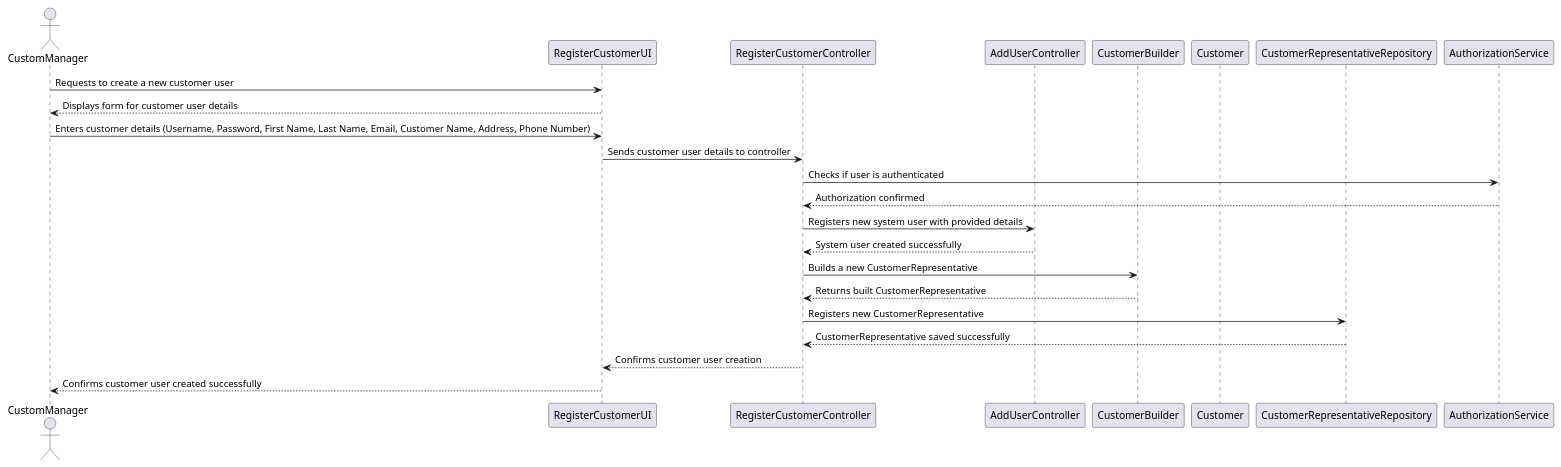
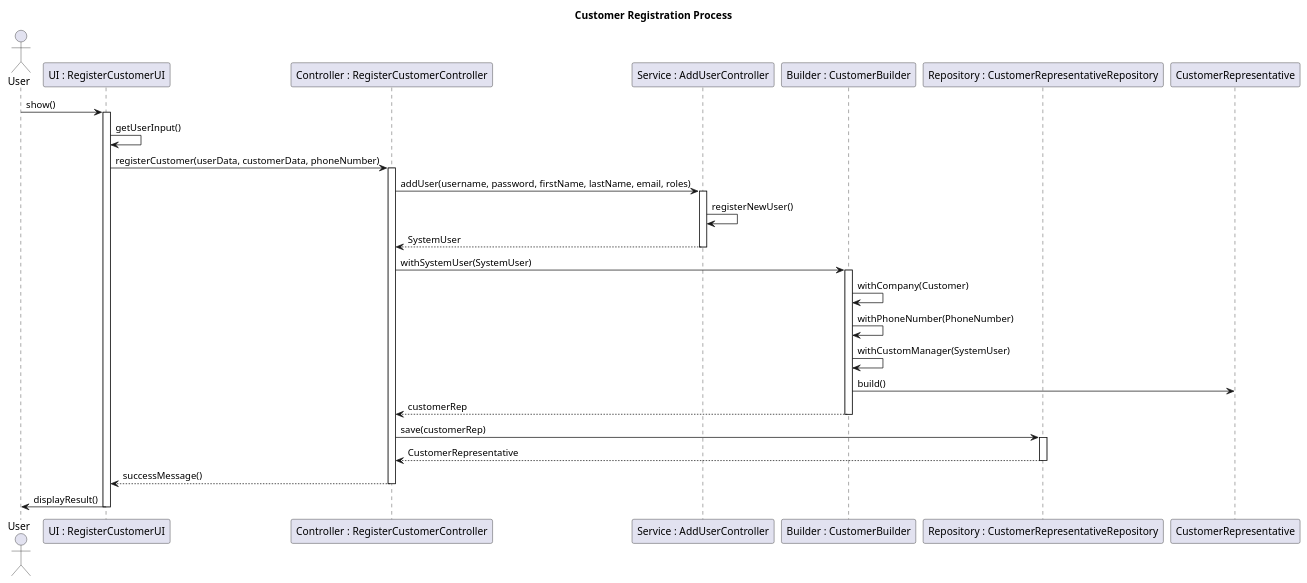
Before and after one commit to Mendoncaa/LAPR4: the diagram in docs/sprintB/US1001/03.design/puml/SD.puml, drawn with PlantUML. The commit also changed 31 other files, not shown here.

```diff
--- a/docs/sprintB/US1001/03.design/puml/SD.puml
+++ b/docs/sprintB/US1001/03.design/puml/SD.puml
@@ -1,31 +1,49 @@
 @startuml
-actor CustomManager
-participant "RegisterCustomerUI" as UI
-participant "RegisterCustomerController" as CC
-participant "AddUserController" as AUC
-participant "CustomerBuilder" as CB
-participant "Customer" as Cust
-participant "CustomerRepresentativeRepository" as CRR
-participant "AuthorizationService" as Authz
 
-CustomManager -> UI: Requests to create a new customer user
-UI --> CustomManager: Displays form for customer user details
+title Customer Registration Process
 
-CustomManager -> UI: Enters customer details (Username, Password, First Name, Last Name, Email, Customer Name, Address, Phone Number)
-UI -> CC: Sends customer user details to controller
+actor "User" as user
+participant "UI : RegisterCustomerUI" as UI
+participant "Controller : RegisterCustomerController" as controller
+participant "Service : AddUserController" as userService
+participant "Builder : CustomerBuilder" as builder
+participant "Repository : CustomerRepresentativeRepository" as customerRepo
+participant "CustomerRepresentative" as customerRep
 
-CC -> Authz: Checks if user is authenticated
-Authz --> CC: Authorization confirmed
 
-CC -> AUC: Registers new system user with provided details
-AUC --> CC: System user created successfully
+user -> UI : show()
+activate UI
 
-CC -> CB: Builds a new CustomerRepresentative
-CB --> CC: Returns built CustomerRepresentative
+UI -> UI : getUserInput()
 
-CC -> CRR: Registers new CustomerRepresentative
-CRR --> CC: CustomerRepresentative saved successfully
+UI -> controller : registerCustomer(userData, customerData, phoneNumber)
+activate controller
 
-CC --> UI: Confirms customer user creation
-UI --> CustomManager: Confirms customer user created successfully
+controller -> userService : addUser(username, password, firstName, lastName, email, roles)
+activate userService
+userService -> userService : registerNewUser()
+return SystemUser
+deactivate userService
+
+controller -> builder : withSystemUser(SystemUser)
+activate builder
+builder -> builder : withCompany(Customer)
+builder -> builder : withPhoneNumber(PhoneNumber)
+builder -> builder : withCustomManager(SystemUser)
+builder -> customerRep : build()
+return customerRep
+deactivate builder
+
+controller -> customerRepo : save(customerRep)
+activate customerRepo
+customerRepo --> controller : CustomerRepresentative
+deactivate customerRepo
+
+controller --> UI : successMessage()
+deactivate controller
+
+UI -> user : displayResult()
+
+deactivate UI
+
 @enduml
```
